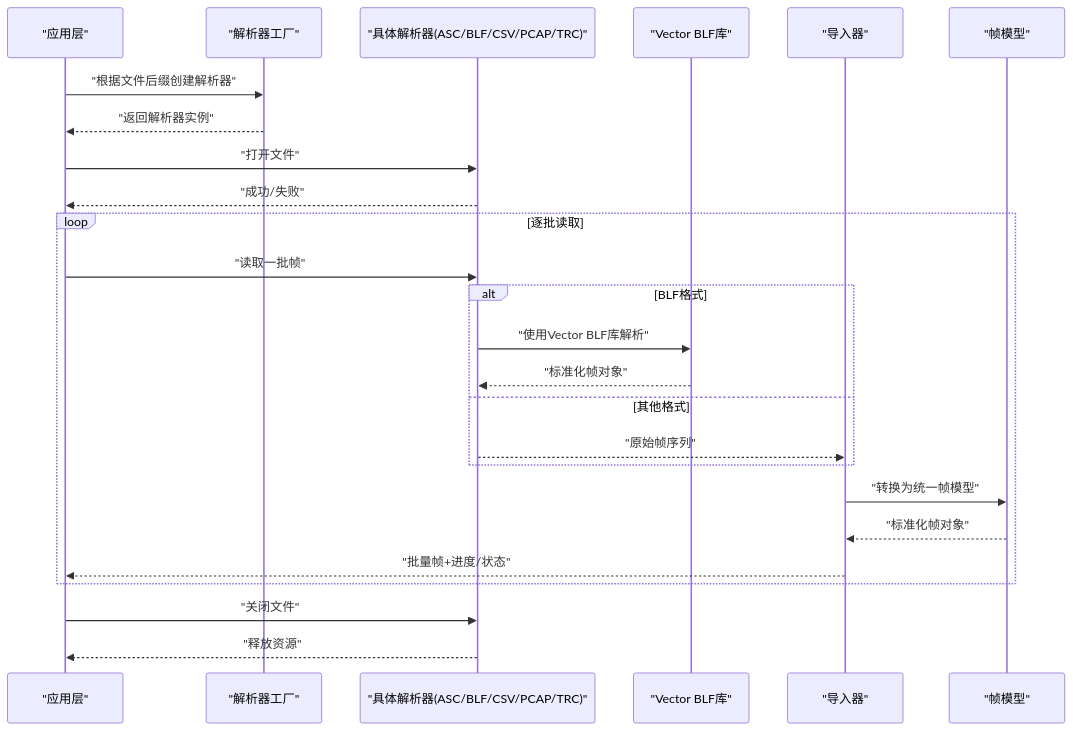
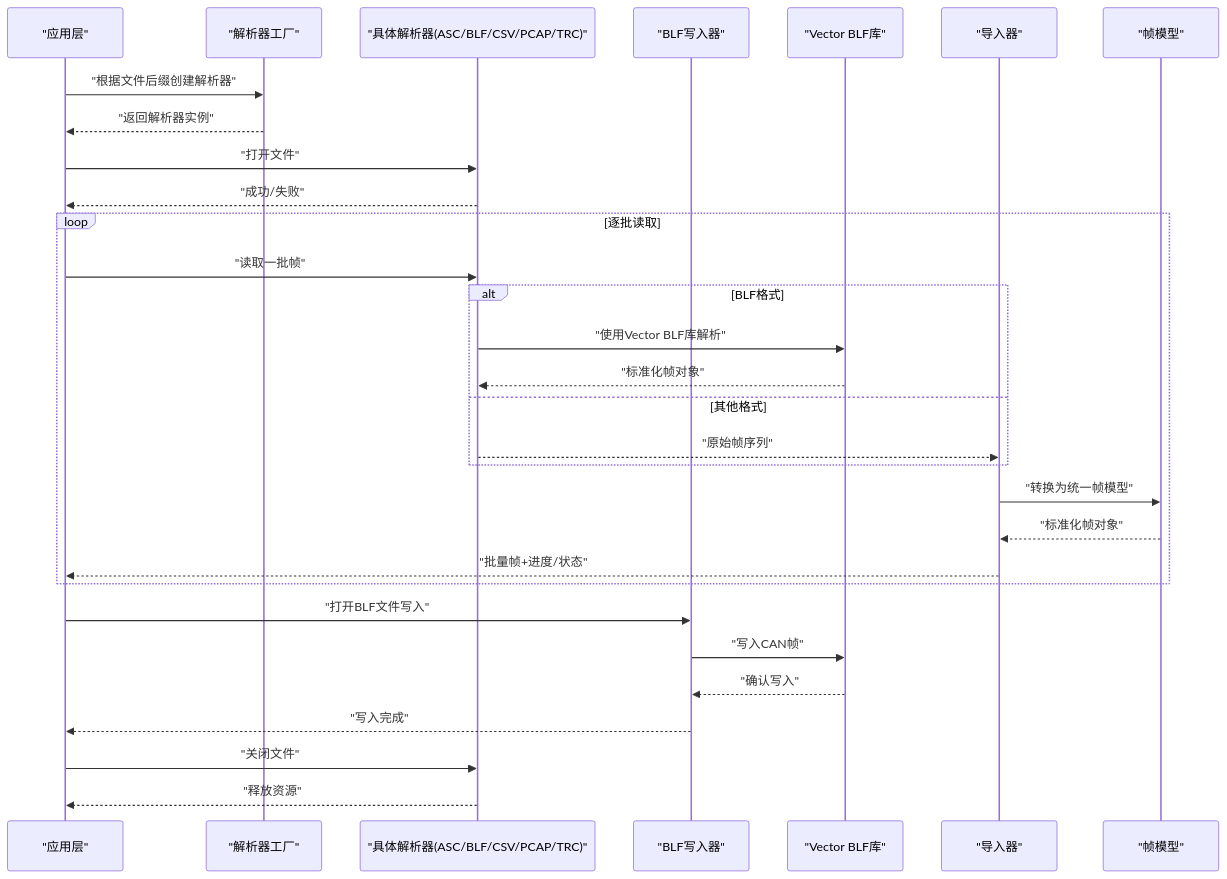
The second of 11 diagrams in .qoder/repowiki/zh/content/核心模块详解/CAN文件IO系统.md (jakecai1225-design/OpenBus), drawn with Mermaid before and after one commit. The commit also changed other lines of this file and 38 other files, not shown here.

````diff
--- a/.qoder/repowiki/zh/content/核心模块详解/CAN文件IO系统.md
+++ b/.qoder/repowiki/zh/content/核心模块详解/CAN文件IO系统.md
@@ -140,27 +144,32 @@
 ```mermaid
 sequenceDiagram
 participant App as "应用层"
 participant Factory as "解析器工厂"
 participant Reader as "具体解析器(ASC/BLF/CSV/PCAP/TRC)"
+participant Writer as "BLF写入器"
 participant VectorBLF as "Vector BLF库"
 participant Importer as "导入器"
 participant Model as "帧模型"
 App->>Factory : "根据文件后缀创建解析器"
 Factory-->>App : "返回解析器实例"
 App->>Reader : "打开文件"
 Reader-->>App : "成功/失败"
 loop 逐批读取
 App->>Reader : "读取一批帧"
 alt BLF格式
 Reader->>VectorBLF : "使用Vector BLF库解析"
 VectorBLF-->>Reader : "标准化帧对象"
 else 其他格式
 Reader-->>Importer : "原始帧序列"
 end
 Importer->>Model : "转换为统一帧模型"
 Model-->>Importer : "标准化帧对象"
 Importer-->>App : "批量帧+进度/状态"
 end
+App->>Writer : "打开BLF文件写入"
+Writer->>VectorBLF : "写入CAN帧"
+VectorBLF-->>Writer : "确认写入"
+Writer-->>App : "写入完成"
 App->>Reader : "关闭文件"
 Reader-->>App : "释放资源"
 ```
````
